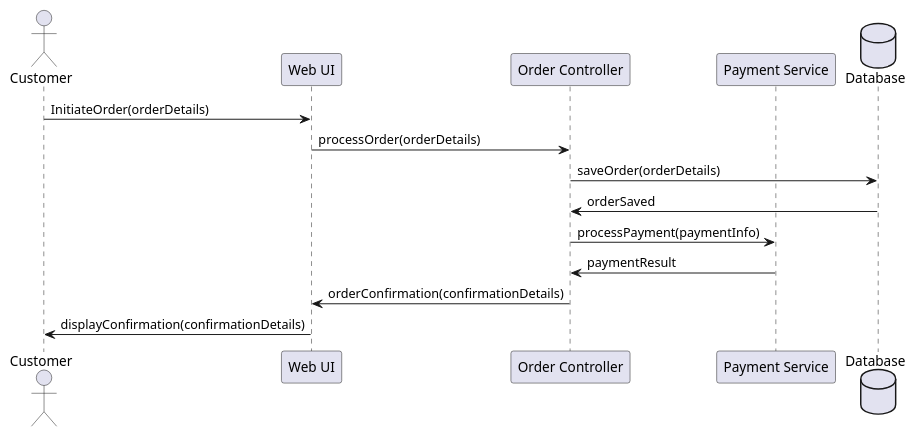
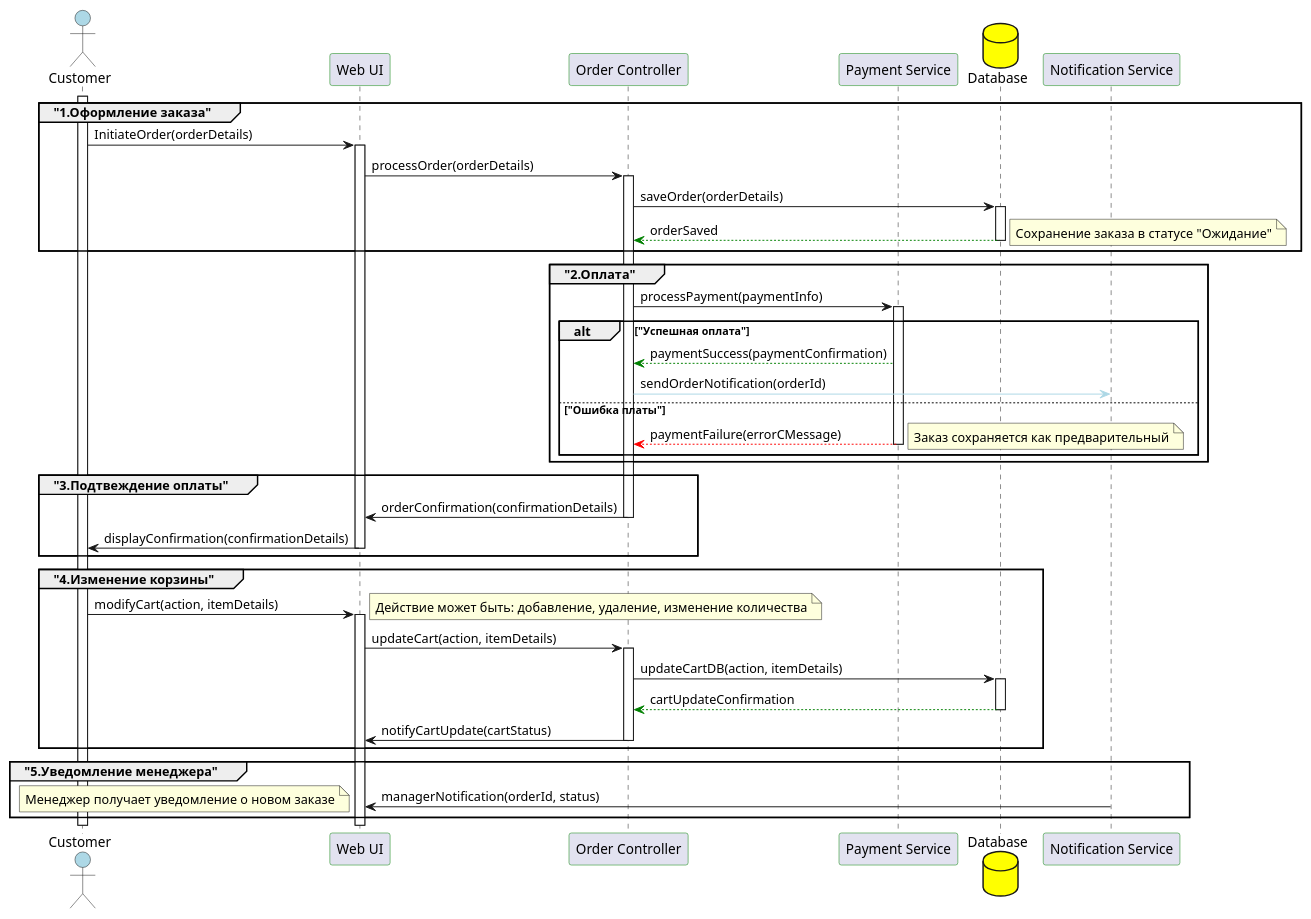
Before and after one commit to alex-s-pavlov/uml: the diagram in lesson_4/visualization_seq_diagram.wsd, drawn with PlantUML.

Commit message:
Diagram updated

```diff
--- a/lesson_4/visualization_seq_diagram.wsd
+++ b/lesson_4/visualization_seq_diagram.wsd
@@ -1,18 +1,59 @@
-@startuml
-
-actor "Customer" as cs
+@startuml Vizualization
+skinparam sequence{
+    ParticipantBorderColor #green
+}
+actor "Customer" as cs #lightblue
 participant "Web UI" as ui
 participant "Order Controller" as controller
 participant "Payment Service" as payment
-database "Database" as db
+database "Database" as db #yellow
+participant "Notification Service" as notification
 
-cs -> ui: InitiateOrder(orderDetails)
-ui -> controller: processOrder(orderDetails)
-controller -> db: saveOrder(orderDetails)
-controller <- db: orderSaved
-controller -> payment: processPayment(paymentInfo)
-controller <- payment: paymentResult
-ui <- controller: orderConfirmation(confirmationDetails)
-cs <- ui: displayConfirmation(confirmationDetails)
+group "1.Оформление заказа"
+activate cs
+cs -> ui ++ : InitiateOrder(orderDetails)
+ui -> controller ++ : processOrder(orderDetails)
+controller -> db ++: saveOrder(orderDetails)
+controller <[#green]-- db -- : orderSaved
+note right
+    Сохранение заказа в статусе "Ожидание"
+end note
+end group
+
+group "2.Оплата"
+controller -> payment ++ : processPayment(paymentInfo)
+alt "Успешная оплата"
+controller <[#green]-- payment: paymentSuccess(paymentConfirmation) 
+controller -[#lightblue]> notification: sendOrderNotification(orderId)
+else "Ошибка платы"
+controller <[#red]-- payment -- : paymentFailure(errorCMessage)
+note right
+    Заказ сохраняется как предварительный
+end note
+end
+end group
+
+group "3.Подтвеждение оплаты"
+ui <- controller -- : orderConfirmation(confirmationDetails)
+cs <- ui -- : displayConfirmation(confirmationDetails)
+end group
+
+group "4.Изменение корзины"
+cs -> ui ++ : modifyCart(action, itemDetails)
+note right
+    Действие может быть: добавление, удаление, изменение количества
+end note
+ui -> controller ++ : updateCart(action, itemDetails)
+controller -> db ++: updateCartDB(action, itemDetails)
+controller <[#green]-- db -- : cartUpdateConfirmation
+ui <- controller -- : notifyCartUpdate(cartStatus)
+end group
+
+group "5.Уведомление менеджера"
+ui <- notification -- : managerNotification(orderId, status)
+note left
+    Менеджер получает уведомление о новом заказе
+end note
+end group
 
 @enduml
```
